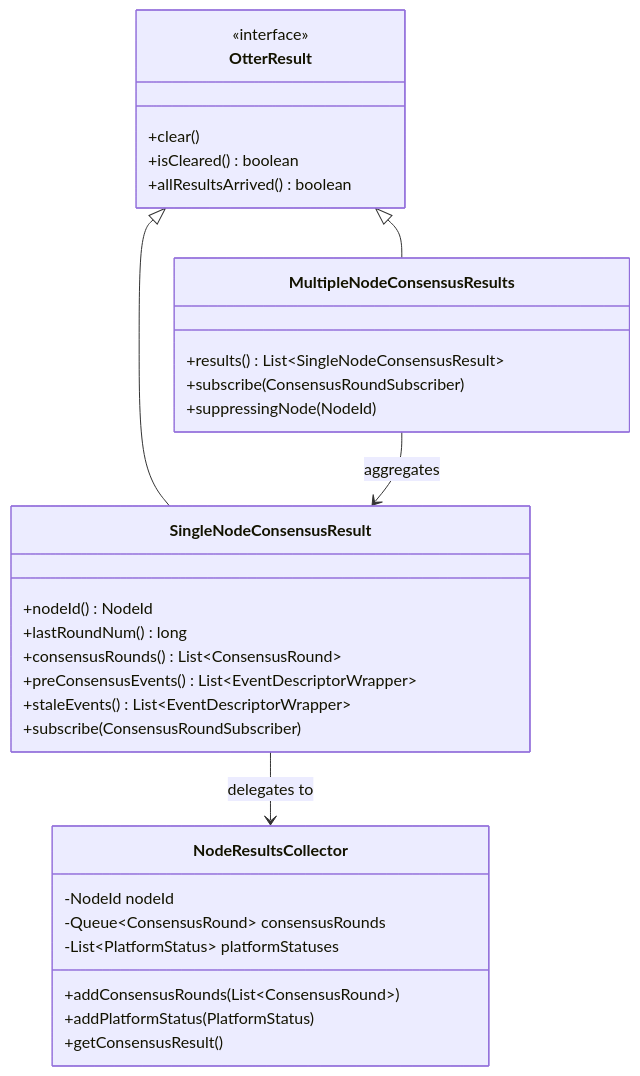
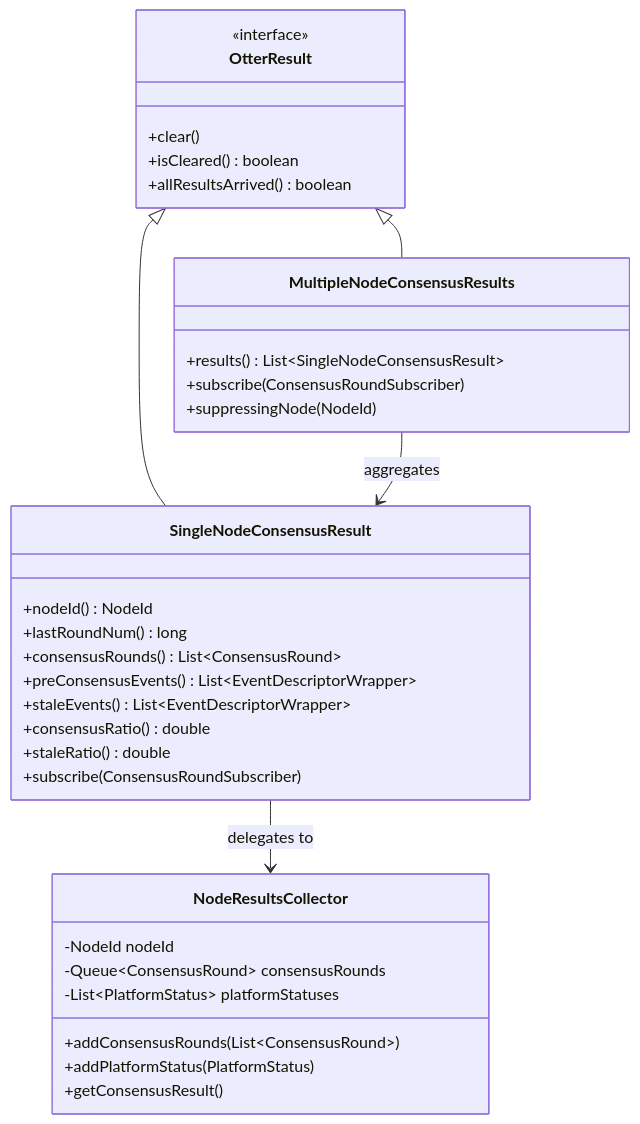
One commit to hiero-ledger/hiero-consensus-node changed the sixth of 6 diagrams in platform-sdk/consensus-otter-tests/docs/architecture.md. Above: the diagram before and after it, drawn with Mermaid. The commit also changed 7 other files, not shown here.

Commit message:
Add assertions for consensus ratio and stale ratio

````diff
--- a/platform-sdk/consensus-otter-tests/docs/architecture.md
+++ b/platform-sdk/consensus-otter-tests/docs/architecture.md
@@ -232,39 +232,41 @@
 ```mermaid
 classDiagram
     class OtterResult {
         <<interface>>
         +clear()
         +isCleared() boolean
         +allResultsArrived() boolean
     }
 
     class SingleNodeConsensusResult {
         +nodeId() NodeId
         +lastRoundNum() long
         +consensusRounds() List~ConsensusRound~
         +preConsensusEvents() List~EventDescriptorWrapper~
         +staleEvents() List~EventDescriptorWrapper~
+        +consensusRatio() double
+        +staleRatio() double
         +subscribe(ConsensusRoundSubscriber)
     }
 
     class MultipleNodeConsensusResults {
         +results() List~SingleNodeConsensusResult~
         +subscribe(ConsensusRoundSubscriber)
         +suppressingNode(NodeId)
     }
 
     class NodeResultsCollector {
         -NodeId nodeId
         -Queue~ConsensusRound~ consensusRounds
         -List~PlatformStatus~ platformStatuses
         +addConsensusRounds(List~ConsensusRound~)
         +addPlatformStatus(PlatformStatus)
         +getConsensusResult()
     }
 
     OtterResult <|-- SingleNodeConsensusResult
     OtterResult <|-- MultipleNodeConsensusResults
 
     MultipleNodeConsensusResults --> SingleNodeConsensusResult : aggregates
     SingleNodeConsensusResult --> NodeResultsCollector : delegates to
 ```
````
